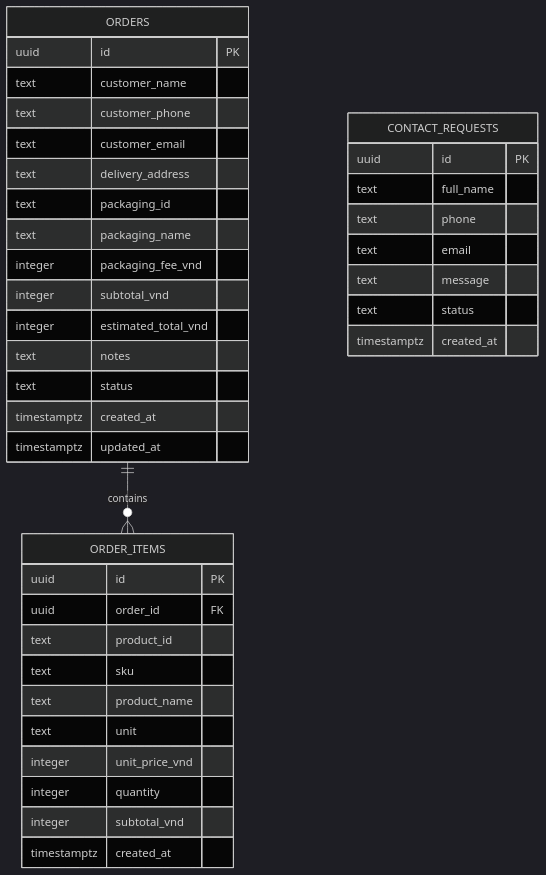
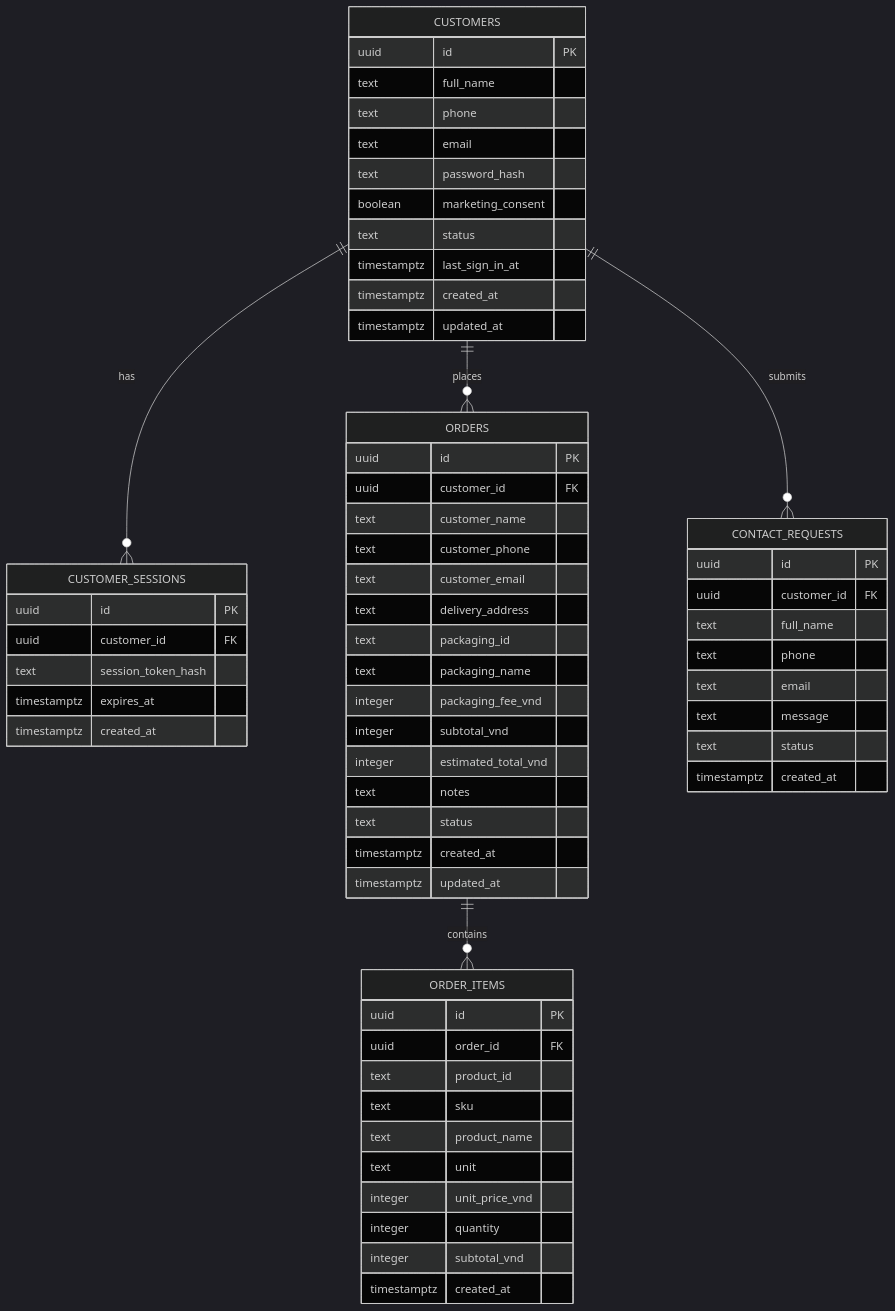
Before and after one commit to longvoai2003/bird-nest: the seventh of 9 diagrams in docs/backend-docker-technical-design.md, drawn with Mermaid (dark theme). The commit also changed other lines of this file and 24 other files, not shown here.

````diff
--- a/docs/backend-docker-technical-design.md
+++ b/docs/backend-docker-technical-design.md
@@ -371,44 +579,70 @@
 ```mermaid
 erDiagram
+    CUSTOMERS ||--o{ CUSTOMER_SESSIONS : has
+    CUSTOMERS ||--o{ ORDERS : places
+    CUSTOMERS ||--o{ CONTACT_REQUESTS : submits
     ORDERS ||--o{ ORDER_ITEMS : contains
+
+    CUSTOMERS {
+        uuid id PK
+        text full_name
+        text phone
+        text email
+        text password_hash
+        boolean marketing_consent
+        text status
+        timestamptz last_sign_in_at
+        timestamptz created_at
+        timestamptz updated_at
+    }
+
+    CUSTOMER_SESSIONS {
+        uuid id PK
+        uuid customer_id FK
+        text session_token_hash
+        timestamptz expires_at
+        timestamptz created_at
+    }
 
     ORDERS {
         uuid id PK
+        uuid customer_id FK
         text customer_name
         text customer_phone
         text customer_email
         text delivery_address
         text packaging_id
         text packaging_name
         integer packaging_fee_vnd
         integer subtotal_vnd
         integer estimated_total_vnd
         text notes
         text status
         timestamptz created_at
         timestamptz updated_at
     }
 
     ORDER_ITEMS {
         uuid id PK
         uuid order_id FK
         text product_id
         text sku
         text product_name
         text unit
         integer unit_price_vnd
         integer quantity
         integer subtotal_vnd
         timestamptz created_at
     }
 
     CONTACT_REQUESTS {
         uuid id PK
+        uuid customer_id FK
         text full_name
         text phone
         text email
         text message
         text status
         timestamptz created_at
     }
 ```
````
